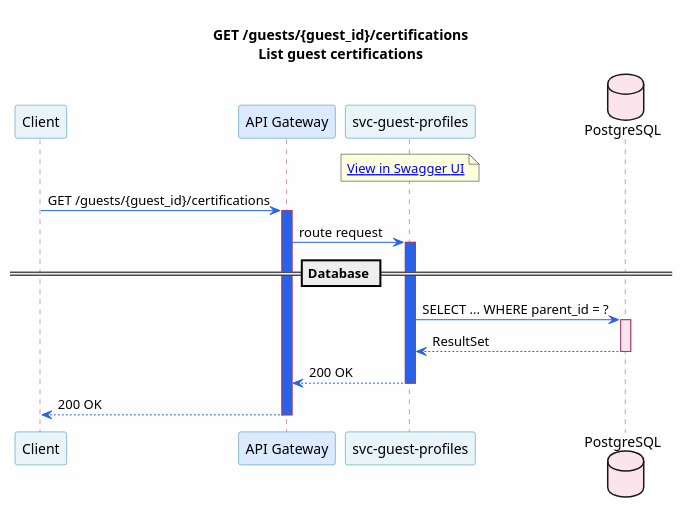
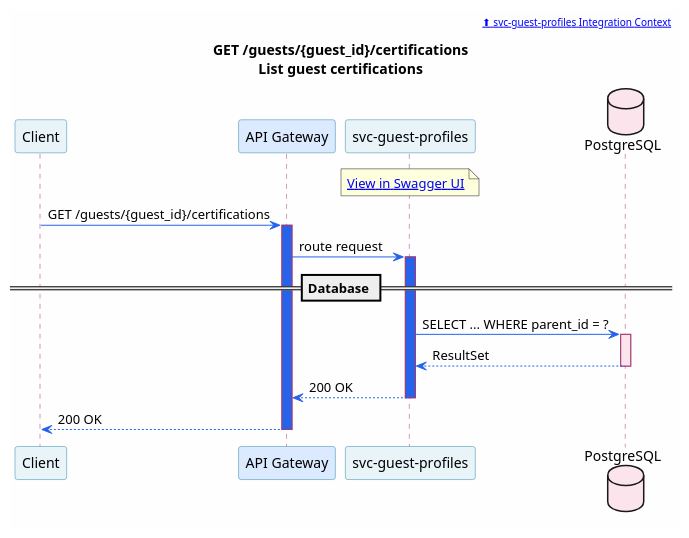
One commit to christopherblaisdell/continuous-architecture-platform-poc changed the diagram in portal/docs/microservices/puml/svc-guest-profiles--get-guests-guest_id-certifications.puml. Above: the diagram before and after it, drawn with PlantUML. The commit also changed 733 other files, not shown here.

First line of the commit message:
Deployed. Every diagram now has a clickable ⬆ parent breadcrumb in the header. The full navigation chain:

```diff
--- a/portal/docs/microservices/puml/svc-guest-profiles--get-guests-guest_id-certifications.puml
+++ b/portal/docs/microservices/puml/svc-guest-profiles--get-guests-guest_id-certifications.puml
@@ -1,45 +1,47 @@
 @startuml svc-guest-profiles--get-guests-guest_id-certifications
 
 skinparam backgroundColor #FEFEFE
 skinparam shadowing false
 skinparam defaultFontName "Segoe UI"
 skinparam sequence {
     ArrowColor #2563eb
     ParticipantBorderColor #2E86AB
     ParticipantBackgroundColor #E8F4F8
     LifeLineBorderColor #A23B72
     BoxBorderColor #F18F01
     BoxBackgroundColor #FFF8F0
     NoteBorderColor #c77b30
     NoteBackgroundColor #FEF3E7
 }
+
+header [[/microservices/svc-guest-profiles/#integration-context ⬆ svc-guest-profiles Integration Context]]
 
 title GET /guests/{guest_id}/certifications\nList guest certifications
 
 participant "Client" as Client
 participant "API Gateway" as GW #DBEAFE
 participant "svc-guest-profiles" as Svc [[/microservices/svc-guest-profiles/]] #E8F4F8
 database "PostgreSQL" as DB #FCE4EC
 
 note over Svc
   [[/services/api/svc-guest-profiles.html#/Certifications/listGuestCertifications View in Swagger UI]]
 end note
 
 Client -> GW : GET /guests/{guest_id}/certifications
 activate GW #2563eb
 GW -> Svc : route request
 activate Svc #2563eb
 
 == Database ==
 
 Svc -> DB : SELECT ... WHERE parent_id = ?
 activate DB #FCE4EC
 DB --> Svc : ResultSet
 deactivate DB
 
 Svc --> GW : 200 OK
 deactivate Svc
 GW --> Client : 200 OK
 deactivate GW
 
 @enduml
```
